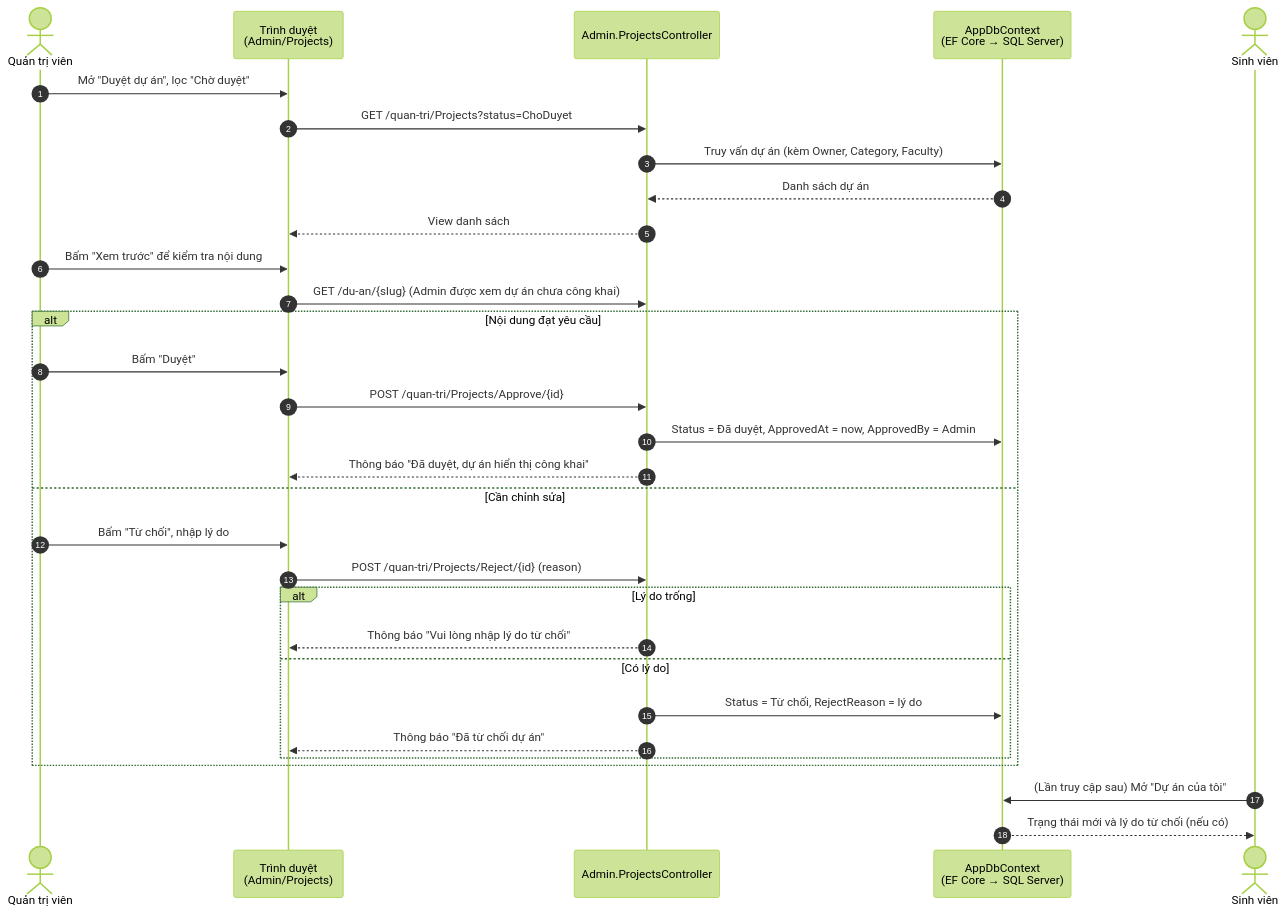
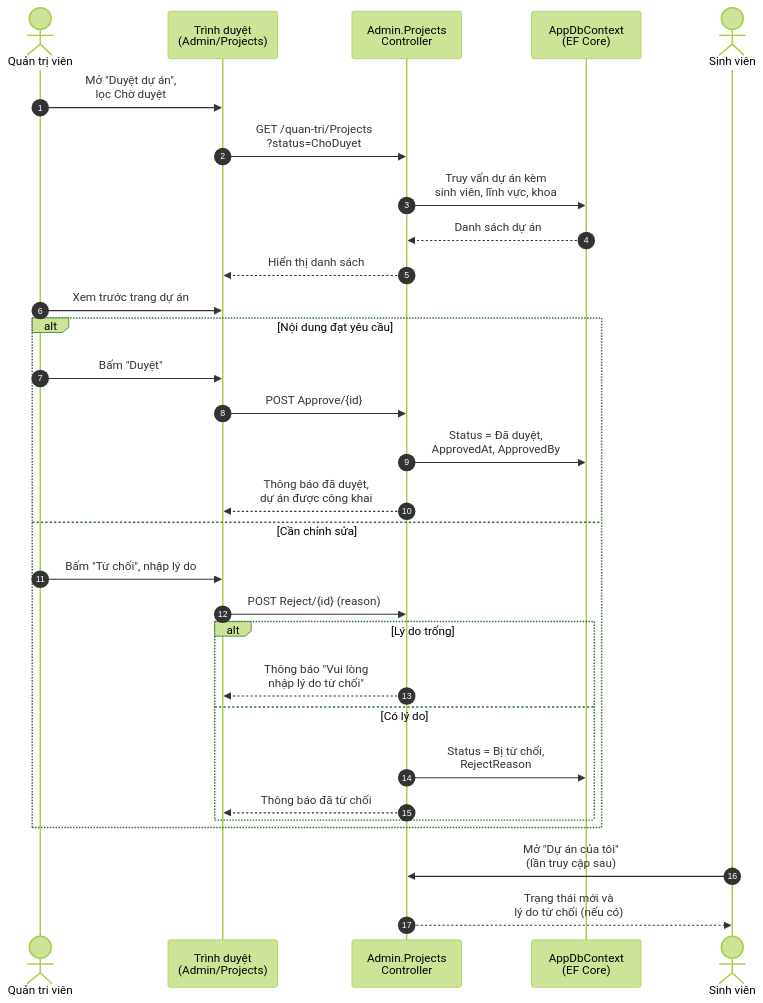
Before and after one commit to taophuong/TVU: the diagram in docs/diagrams/src/05_seq_duyet_du_an.mmd, drawn with Mermaid (forest theme). The commit also changed 17 other files, not shown here.

```diff
--- a/docs/diagrams/src/05_seq_duyet_du_an.mmd
+++ b/docs/diagrams/src/05_seq_duyet_du_an.mmd
@@ -1,34 +1,33 @@
 sequenceDiagram
     autonumber
     actor AD as Quản trị viên
     participant V as Trình duyệt<br/>(Admin/Projects)
-    participant C as Admin.ProjectsController
-    participant DB as AppDbContext<br/>(EF Core → SQL Server)
+    participant C as Admin.Projects<br/>Controller
+    participant DB as AppDbContext<br/>(EF Core)
     actor SV as Sinh viên
 
-    AD->>V: Mở "Duyệt dự án", lọc "Chờ duyệt"
-    V->>C: GET /quan-tri/Projects?status=ChoDuyet
-    C->>DB: Truy vấn dự án (kèm Owner, Category, Faculty)
+    AD->>V: Mở "Duyệt dự án",<br/>lọc Chờ duyệt
+    V->>C: GET /quan-tri/Projects<br/>?status=ChoDuyet
+    C->>DB: Truy vấn dự án kèm<br/>sinh viên, lĩnh vực, khoa
     DB-->>C: Danh sách dự án
-    C-->>V: View danh sách
-    AD->>V: Bấm "Xem trước" để kiểm tra nội dung
-    V->>C: GET /du-an/{slug} (Admin được xem dự án chưa công khai)
+    C-->>V: Hiển thị danh sách
+    AD->>V: Xem trước trang dự án
 
     alt Nội dung đạt yêu cầu
         AD->>V: Bấm "Duyệt"
-        V->>C: POST /quan-tri/Projects/Approve/{id}
-        C->>DB: Status = Đã duyệt, ApprovedAt = now, ApprovedBy = Admin
-        C-->>V: Thông báo "Đã duyệt, dự án hiển thị công khai"
+        V->>C: POST Approve/{id}
+        C->>DB: Status = Đã duyệt,<br/>ApprovedAt, ApprovedBy
+        C-->>V: Thông báo đã duyệt,<br/>dự án được công khai
     else Cần chỉnh sửa
         AD->>V: Bấm "Từ chối", nhập lý do
-        V->>C: POST /quan-tri/Projects/Reject/{id} (reason)
+        V->>C: POST Reject/{id} (reason)
         alt Lý do trống
-            C-->>V: Thông báo "Vui lòng nhập lý do từ chối"
+            C-->>V: Thông báo "Vui lòng<br/>nhập lý do từ chối"
         else Có lý do
-            C->>DB: Status = Từ chối, RejectReason = lý do
-            C-->>V: Thông báo "Đã từ chối dự án"
+            C->>DB: Status = Bị từ chối,<br/>RejectReason
+            C-->>V: Thông báo đã từ chối
         end
     end
 
-    SV->>DB: (Lần truy cập sau) Mở "Dự án của tôi"
-    DB-->>SV: Trạng thái mới và lý do từ chối (nếu có)
+    SV->>C: Mở "Dự án của tôi"<br/>(lần truy cập sau)
+    C-->>SV: Trạng thái mới và<br/>lý do từ chối (nếu có)
```
